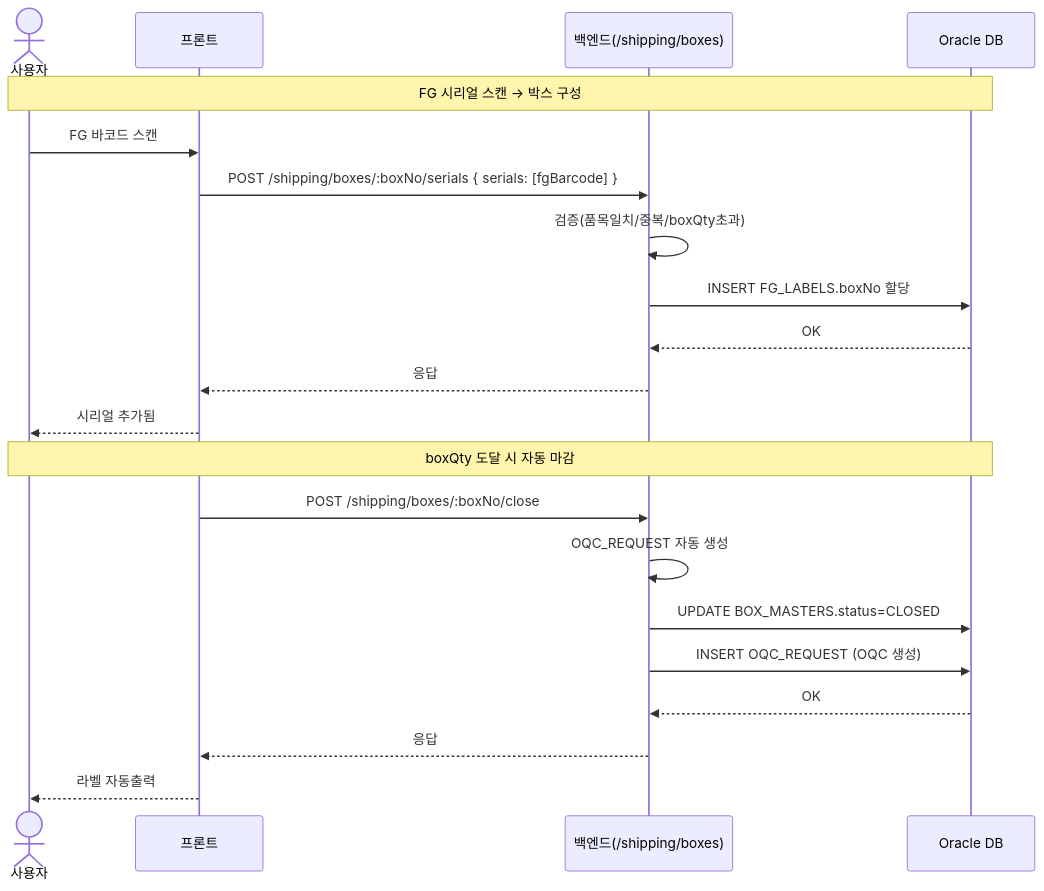
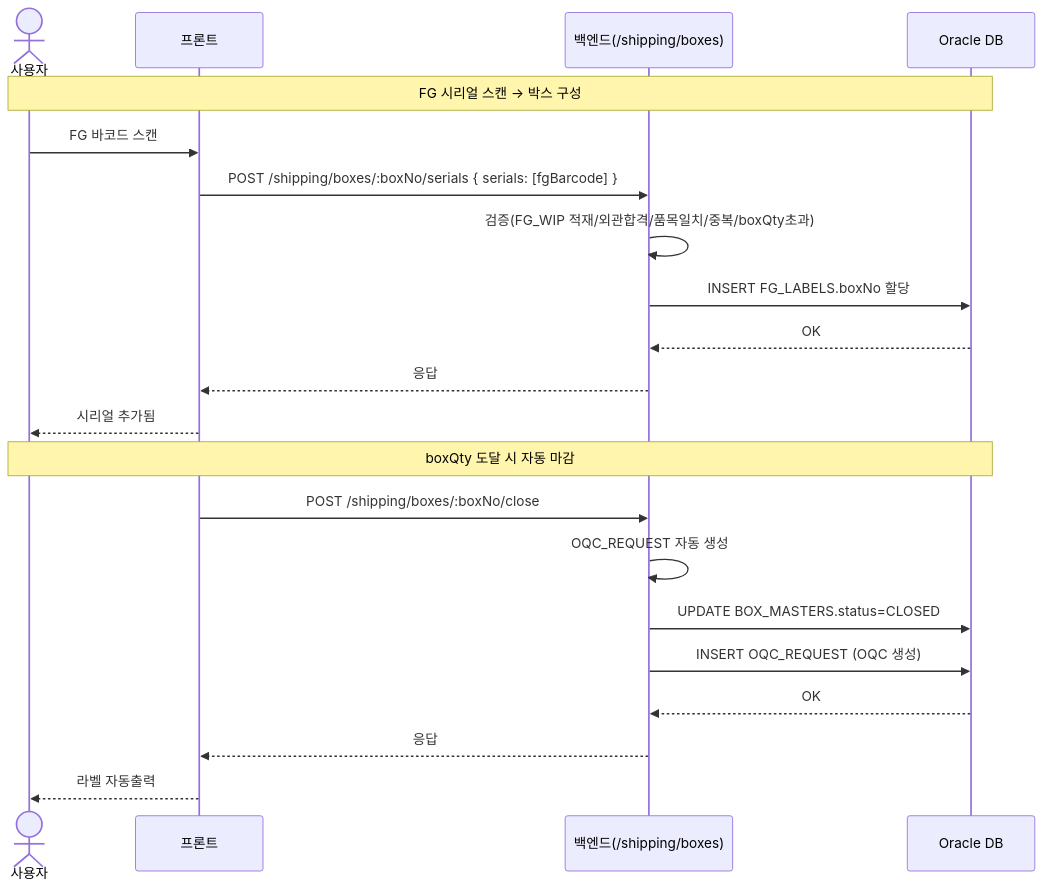
One commit to YouHyuksoo/HANES changed the second of 5 diagrams in docs/business-logics/SHIP_PACK.md. Above: the diagram before and after it, drawn with Mermaid. The commit also changed other lines of this file and 122 other files, not shown here.

````diff
--- a/docs/business-logics/SHIP_PACK.md
+++ b/docs/business-logics/SHIP_PACK.md
@@ -117,26 +121,26 @@
 ```mermaid
 %%{init: {'sequence': {'actorFontSize': 8, 'noteFontSize': 8, 'messageFontSize': 8}}}%%
 sequenceDiagram
     actor U as 사용자
     participant C as 프론트
     participant S as 백엔드(/shipping/boxes)
     participant D as Oracle DB
 
     Note over U,D: FG 시리얼 스캔 → 박스 구성
     U->>C: FG 바코드 스캔
     C->>S: POST /shipping/boxes/:boxNo/serials { serials: [fgBarcode] }
-    S->>S: 검증(품목일치/중복/boxQty초과)
+    S->>S: 검증(FG_WIP 적재/외관합격/품목일치/중복/boxQty초과)
     S->>D: INSERT FG_LABELS.boxNo 할당
     D-->>S: OK
     S-->>C: 응답
     C-->>U: 시리얼 추가됨
 
     Note over U,D: boxQty 도달 시 자동 마감
     C->>S: POST /shipping/boxes/:boxNo/close
     S->>S: OQC_REQUEST 자동 생성
     S->>D: UPDATE BOX_MASTERS.status=CLOSED
     S->>D: INSERT OQC_REQUEST (OQC 생성)
     D-->>S: OK
     S-->>C: 응답
     C-->>U: 라벨 자동출력
 ```
````
